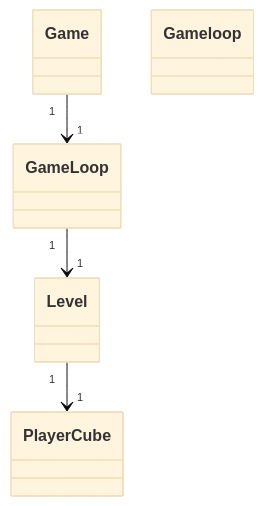
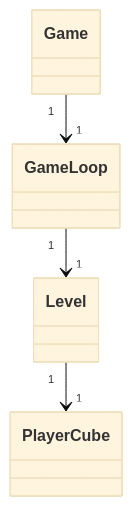
One commit to oskarruo/ot-harjoitustyo changed the first of 2 diagrams in dokumentaatio/arrkitehtuuri.md. Above: the diagram before and after it, drawn with Mermaid (base theme).

````diff
--- a/dokumentaatio/arrkitehtuuri.md
+++ b/dokumentaatio/arrkitehtuuri.md
@@ -7,14 +7,14 @@
 ```mermaid
  classDiagram
       Game "1" --> "1" GameLoop
       GameLoop "1" --> "1" Level
       Level "1" --> "1" PlayerCube
       class Game{
       }
-      class Gameloop{
+      class GameLoop{
       }
       class Level{
       }
       class PlayerCube{
       }
 ```
````
